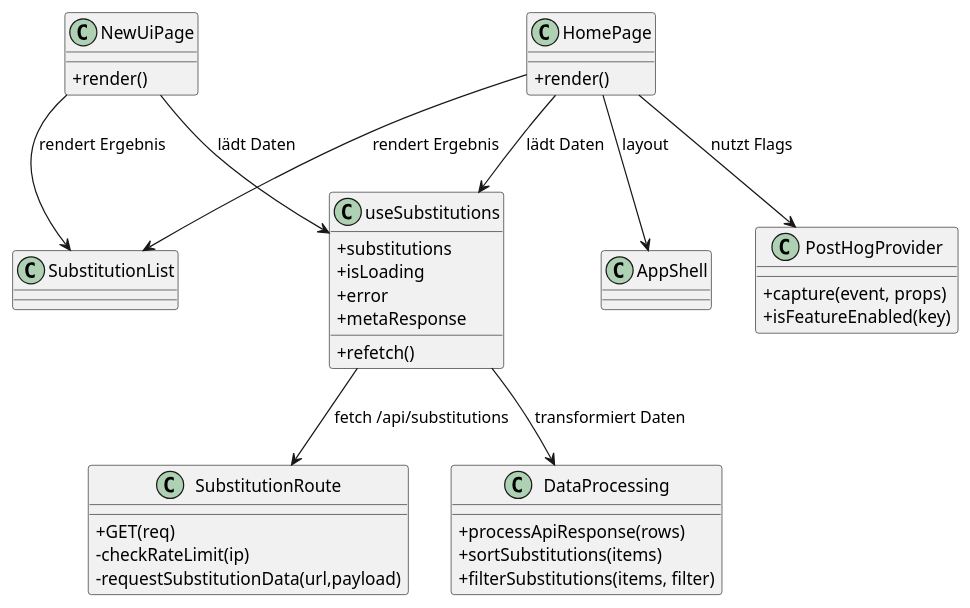
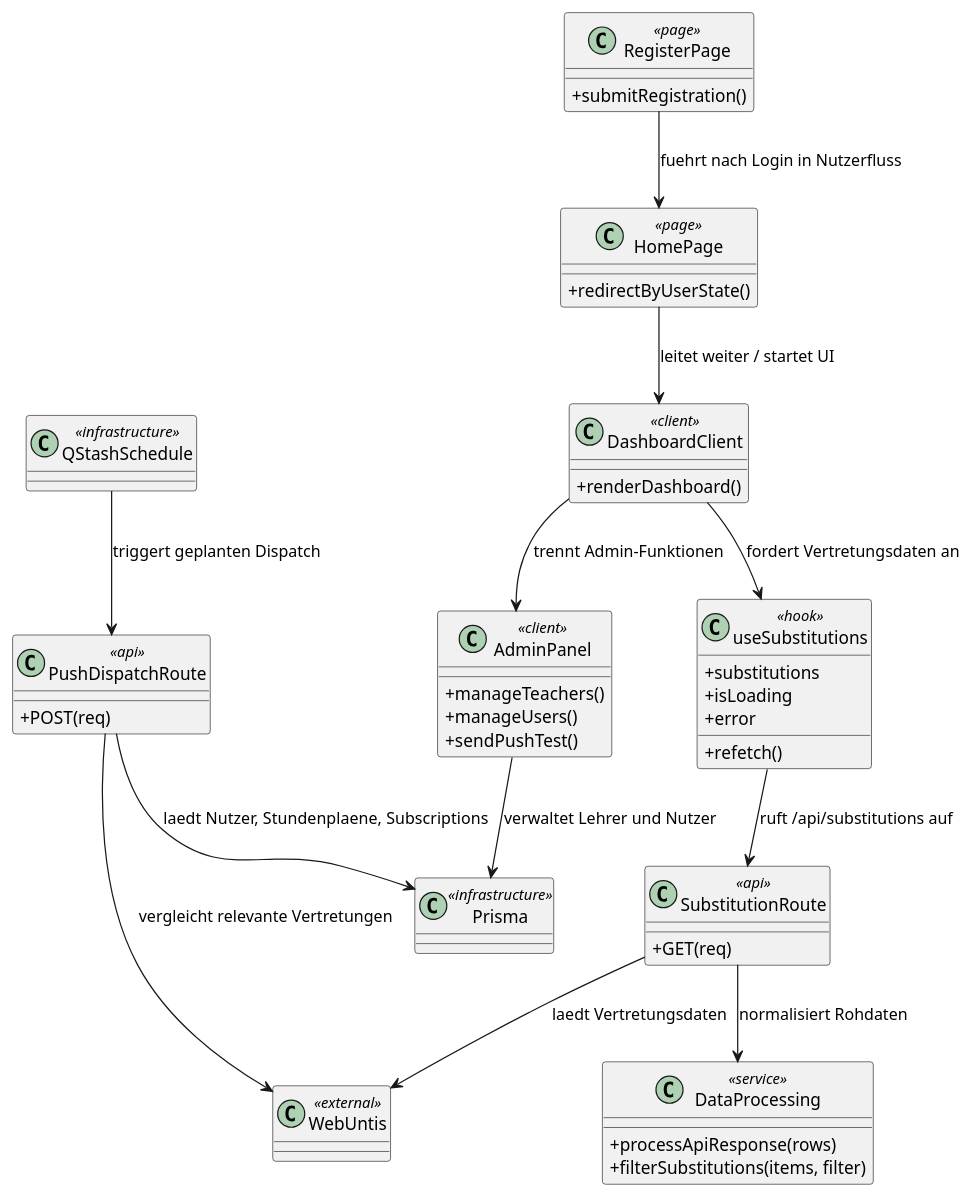
Before and after one commit to cancel-cloud/fds-vertretungsplan: the diagram in docs/uml/classdiagram.puml, drawn with PlantUML. The commit also changed 25 other files, not shown here.

```diff
--- a/docs/uml/classdiagram.puml
+++ b/docs/uml/classdiagram.puml
@@ -1,49 +1,58 @@
 @startuml
 skinparam classAttributeIconSize 0
 
-class HomePage {
-  +render()
+class HomePage <<page>> {
+  +redirectByUserState()
 }
 
-class NewUiPage {
-  +render()
+class DashboardClient <<client>> {
+  +renderDashboard()
 }
 
-class useSubstitutions {
+class RegisterPage <<page>> {
+  +submitRegistration()
+}
+
+class AdminPanel <<client>> {
+  +manageTeachers()
+  +manageUsers()
+  +sendPushTest()
+}
+
+class useSubstitutions <<hook>> {
   +substitutions
   +isLoading
   +error
-  +metaResponse
   +refetch()
 }
 
-class SubstitutionRoute {
+class SubstitutionRoute <<api>> {
   +GET(req)
-  -checkRateLimit(ip)
-  -requestSubstitutionData(url,payload)
 }
 
-class DataProcessing {
+class PushDispatchRoute <<api>> {
+  +POST(req)
+}
+
+class DataProcessing <<service>> {
   +processApiResponse(rows)
-  +sortSubstitutions(items)
   +filterSubstitutions(items, filter)
 }
 
-class PostHogProvider {
-  +capture(event, props)
-  +isFeatureEnabled(key)
-}
+class Prisma <<infrastructure>>
+class QStashSchedule <<infrastructure>>
+class WebUntis <<external>>
 
-class AppShell
-class SubstitutionList
-
-HomePage --> PostHogProvider : nutzt Flags
-HomePage --> useSubstitutions : lädt Daten
-NewUiPage --> useSubstitutions : lädt Daten
-useSubstitutions --> SubstitutionRoute : fetch /api/substitutions
-useSubstitutions --> DataProcessing : transformiert Daten
-HomePage --> AppShell : layout
-HomePage --> SubstitutionList : rendert Ergebnis
-NewUiPage --> SubstitutionList : rendert Ergebnis
+HomePage --> DashboardClient : leitet weiter / startet UI
+RegisterPage --> HomePage : fuehrt nach Login in Nutzerfluss
+DashboardClient --> useSubstitutions : fordert Vertretungsdaten an
+DashboardClient --> AdminPanel : trennt Admin-Funktionen
+useSubstitutions --> SubstitutionRoute : ruft /api/substitutions auf
+SubstitutionRoute --> DataProcessing : normalisiert Rohdaten
+SubstitutionRoute --> WebUntis : laedt Vertretungsdaten
+AdminPanel --> Prisma : verwaltet Lehrer und Nutzer
+QStashSchedule --> PushDispatchRoute : triggert geplanten Dispatch
+PushDispatchRoute --> Prisma : laedt Nutzer, Stundenplaene, Subscriptions
+PushDispatchRoute --> WebUntis : vergleicht relevante Vertretungen
 
 @enduml
```
